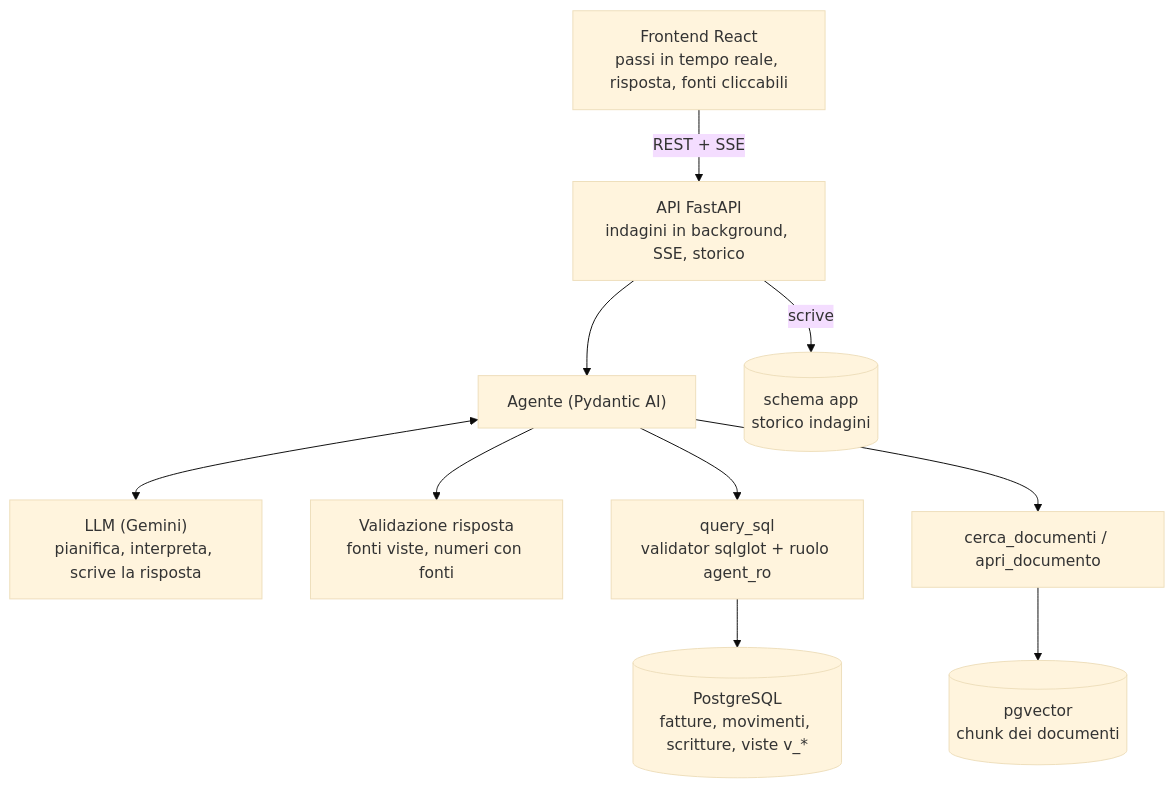
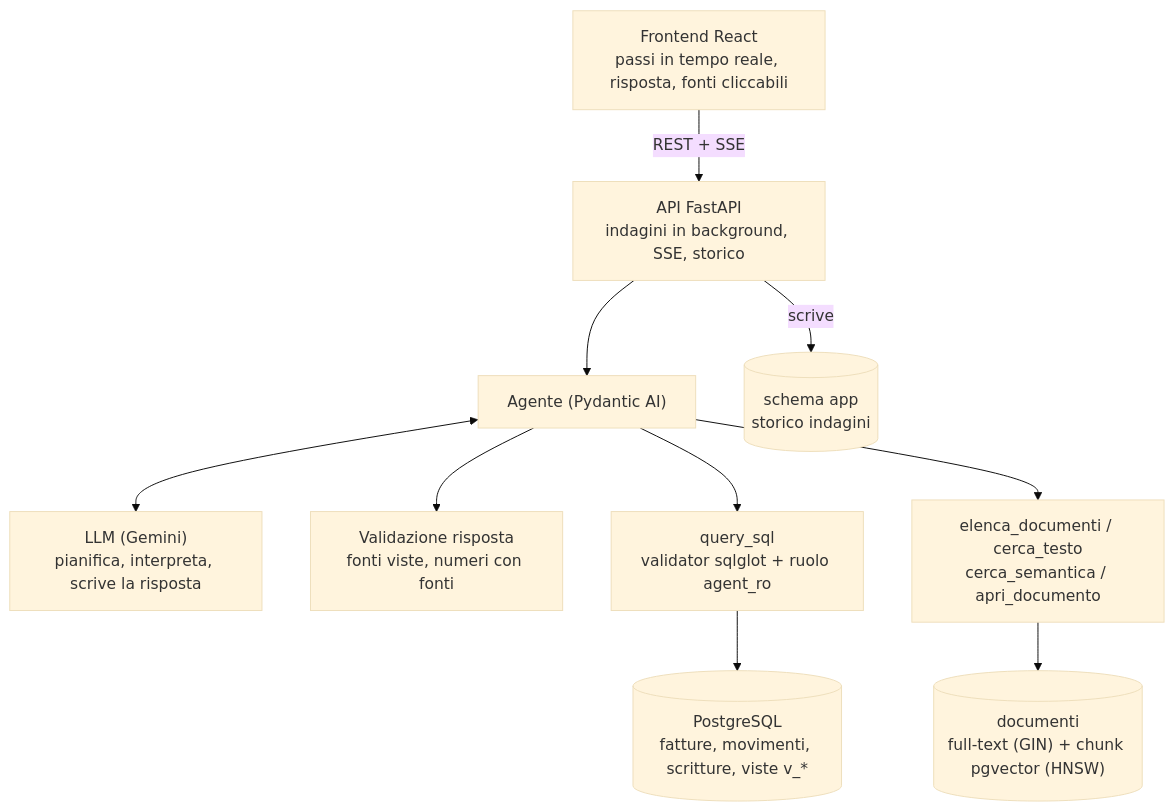
Before and after one commit to denkerito/agentic-rag: the diagram in README.md, drawn with Mermaid (base theme). The commit also changed other lines of this file and 30 other files, not shown here.

First line of the commit message:
feat(agent): ricerca nei documenti con elenco per metadati, full-text e semantica disattivabile

````diff
--- a/README.md
+++ b/README.md
@@ -84,21 +86,21 @@
 ```mermaid
 flowchart TD
     UI["Frontend React<br/>passi in tempo reale, risposta, fonti cliccabili"]
     API["API FastAPI<br/>indagini in background, SSE, storico"]
     AG["Agente (Pydantic AI)"]
     LLM["LLM (Gemini)<br/>pianifica, interpreta, scrive la risposta"]
     GUARD["Validazione risposta<br/>fonti viste, numeri con fonti"]
     SQL["query_sql<br/>validator sqlglot + ruolo agent_ro"]
-    RAG["cerca_documenti / apri_documento"]
+    RAG["elenca_documenti / cerca_testo<br/>cerca_semantica / apri_documento"]
     PG[("PostgreSQL<br/>fatture, movimenti, scritture, viste v_*")]
-    VEC[("pgvector<br/>chunk dei documenti")]
+    VEC[("documenti<br/>full-text (GIN) + chunk pgvector (HNSW)")]
     APP[("schema app<br/>storico indagini")]
 
     UI -->|REST + SSE| API
     API --> AG
     API -->|scrive| APP
     AG <--> LLM
     AG --> SQL --> PG
     AG --> RAG --> VEC
     AG --> GUARD
 ```
````
